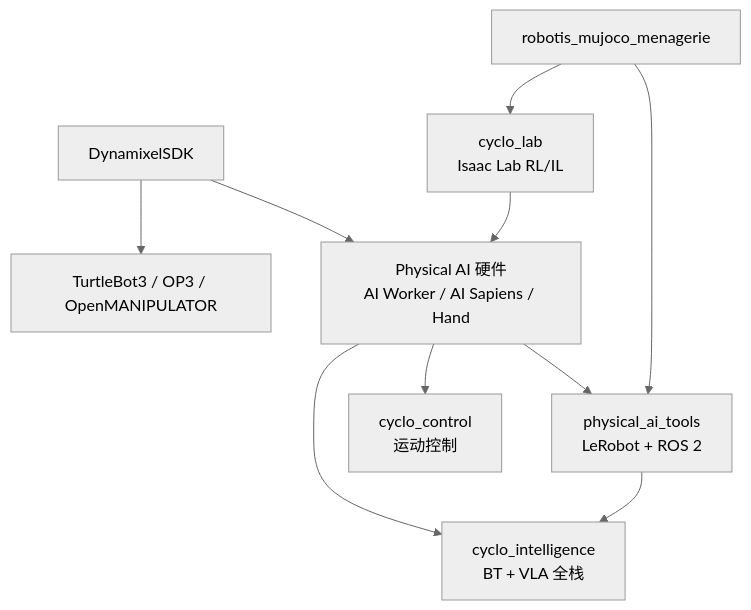
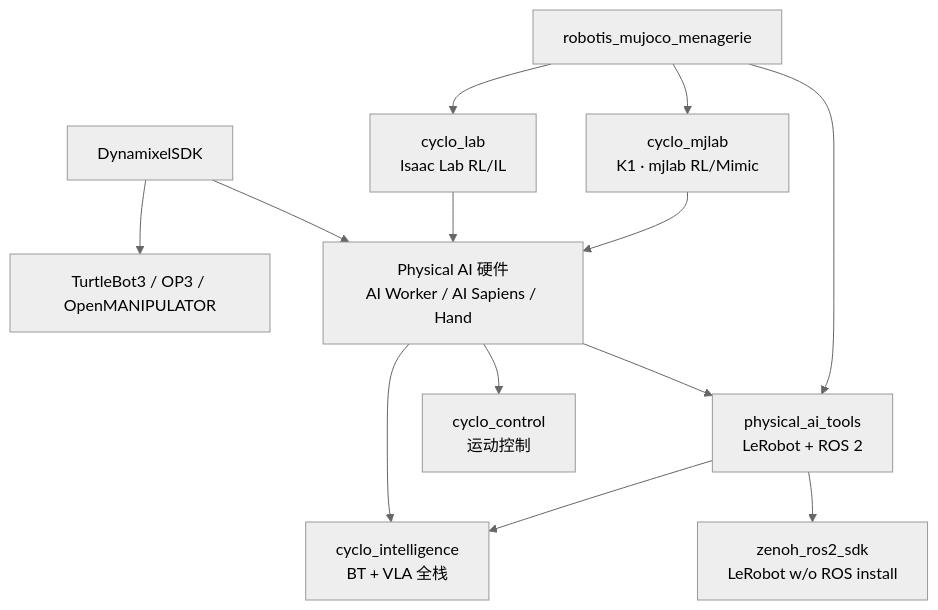
The diagram in wiki/entities/robotis.md (ImChong/Robotics_Notebooks), drawn with Mermaid (neutral theme) before and after one commit. The commit also changed other lines of this file and 25 other files, not shown here.

Commit message:
[2026-09-05] ingest | sources/repos/robotis-git.md — 复核 ROBOTIS-GIT 组织并增补 cyclo_mjlab 与 Zenoh×LeRobot 栈

````diff
--- a/wiki/entities/robotis.md
+++ b/wiki/entities/robotis.md
@@ -61,20 +64,25 @@
 ```mermaid
 flowchart TB
   DXL[DynamixelSDK]
   EDU[TurtleBot3 / OP3 / OpenMANIPULATOR]
   PAI[Physical AI 硬件<br/>AI Worker / AI Sapiens / Hand]
   LAB[cyclo_lab<br/>Isaac Lab RL/IL]
+  MJLAB[cyclo_mjlab<br/>K1 · mjlab RL/Mimic]
   TOOLS[physical_ai_tools<br/>LeRobot + ROS 2]
+  ZENOH[zenoh_ros2_sdk<br/>LeRobot w/o ROS install]
   INTEL[cyclo_intelligence<br/>BT + VLA 全栈]
   CTRL[cyclo_control<br/>运动控制]
   MJ[robotis_mujoco_menagerie]
   DXL --> EDU
   DXL --> PAI
   PAI --> TOOLS
   PAI --> INTEL
   PAI --> CTRL
   LAB --> PAI
+  MJLAB --> PAI
   MJ --> LAB
+  MJ --> MJLAB
   MJ --> TOOLS
   TOOLS --> INTEL
+  TOOLS --> ZENOH
 ```
````
